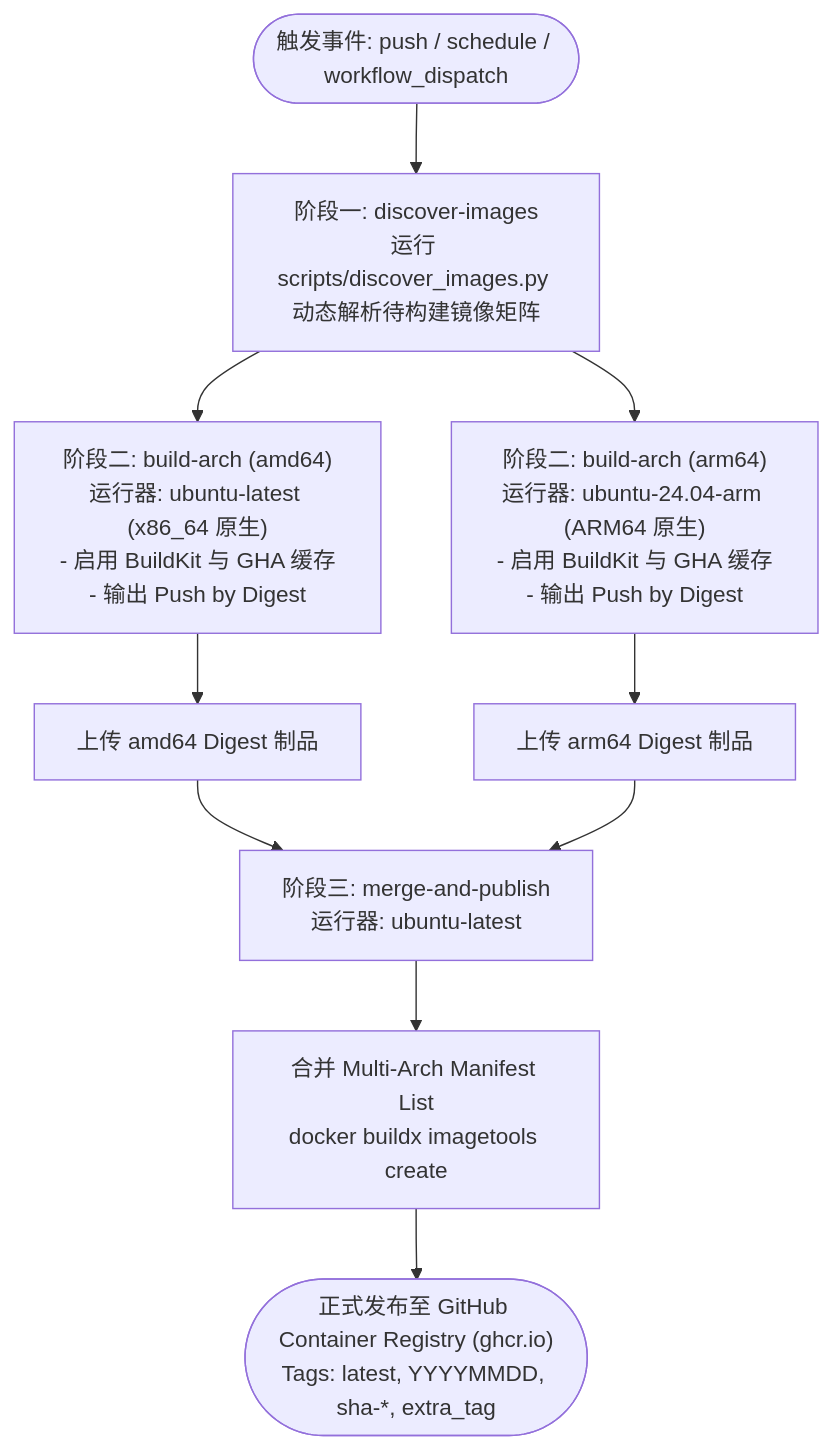
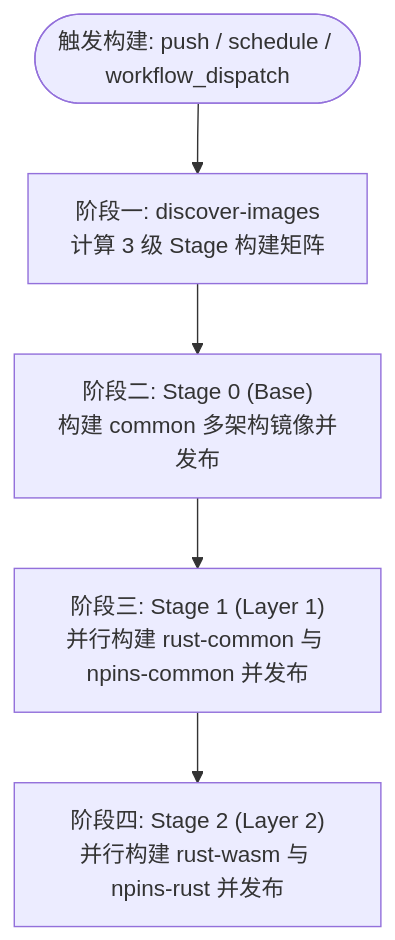
One commit to shaogme/coding-images changed the fifth of 5 diagrams in README.md. Above: the diagram before and after it, drawn with Mermaid. The commit also changed other lines of this file and 22 other files, not shown here.

````diff
--- a/README.md
+++ b/README.md
@@ -372,16 +330,8 @@
 ```mermaid
 flowchart TD
-    Trigger(["触发事件: push / schedule / workflow_dispatch"]) --> Discover["阶段一: discover-images<br/>运行 scripts/discover_images.py 动态解析待构建镜像矩阵"]
+    Trigger(["触发构建: push / schedule / workflow_dispatch"]) --> Discover["阶段一: discover-images<br/>计算 3 级 Stage 构建矩阵"]
 
-    Discover --> BuildAMD["阶段二: build-arch (amd64)<br/>运行器: ubuntu-latest (x86_64 原生)<br/>- 启用 BuildKit 与 GHA 缓存<br/>- 输出 Push by Digest"]
-    Discover --> BuildARM["阶段二: build-arch (arm64)<br/>运行器: ubuntu-24.04-arm (ARM64 原生)<br/>- 启用 BuildKit 与 GHA 缓存<br/>- 输出 Push by Digest"]
-
-    BuildAMD --> ArtifactAMD["上传 amd64 Digest 制品"]
-    BuildARM --> ArtifactARM["上传 arm64 Digest 制品"]
-
-    ArtifactAMD --> MergeJob["阶段三: merge-and-publish<br/>运行器: ubuntu-latest"]
-    ArtifactARM --> MergeJob
-
-    MergeJob --> CreateManifest["合并 Multi-Arch Manifest List<br/>docker buildx imagetools create"]
-    CreateManifest --> PushGHCR(["正式发布至 GitHub Container Registry (ghcr.io)<br/>Tags: latest, YYYYMMDD, sha-*, extra_tag"])
+    Discover --> Stage0["阶段二: Stage 0 (Base)<br/>构建 common 多架构镜像并发布"]
+    Stage0 --> Stage1["阶段三: Stage 1 (Layer 1)<br/>并行构建 rust-common 与 npins-common 并发布"]
+    Stage1 --> Stage2["阶段四: Stage 2 (Layer 2)<br/>并行构建 rust-wasm 与 npins-rust 并发布"]
 ```
````
